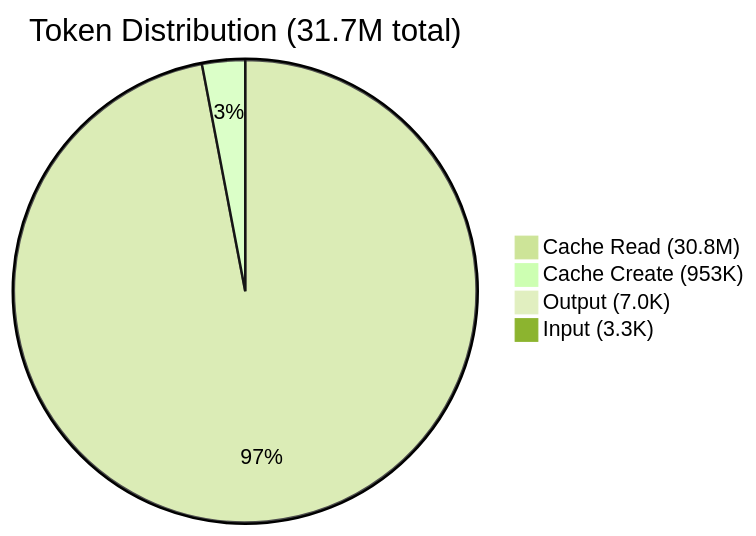
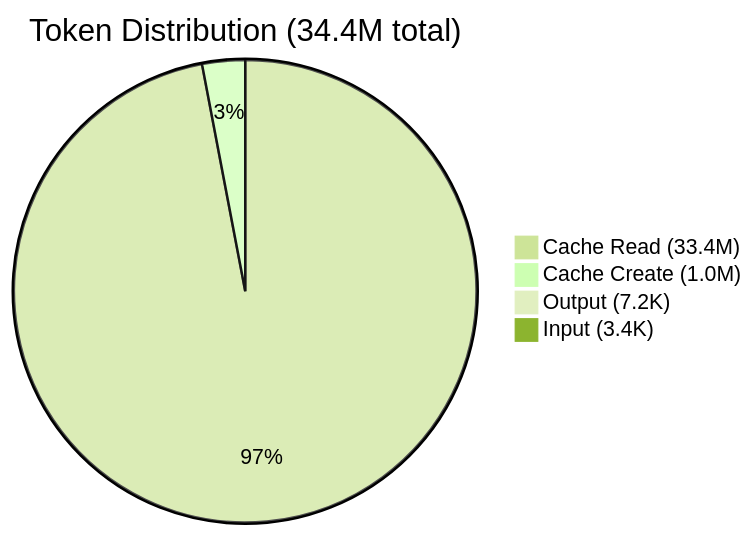
Before and after one commit to atlantdak/claude-code-hackathon-xbo-market-kit: the fifth of 8 diagrams in README.md, drawn with Mermaid (forest theme). The commit also changed other lines of this file and 6 other files, not shown here.

````diff
--- a/README.md
+++ b/README.md
@@ -103,7 +101,7 @@
 ```mermaid
-pie title Token Distribution (31.7M total)
-    "Cache Read (30.8M)" : 30766
-    "Cache Create (953K)" : 953
-    "Output (7.0K)" : 7
-    "Input (3.3K)" : 3
+pie title Token Distribution (34.4M total)
+    "Cache Read (33.4M)" : 33400
+    "Cache Create (1.0M)" : 1032
+    "Output (7.2K)" : 7
+    "Input (3.4K)" : 3
 ```
````
